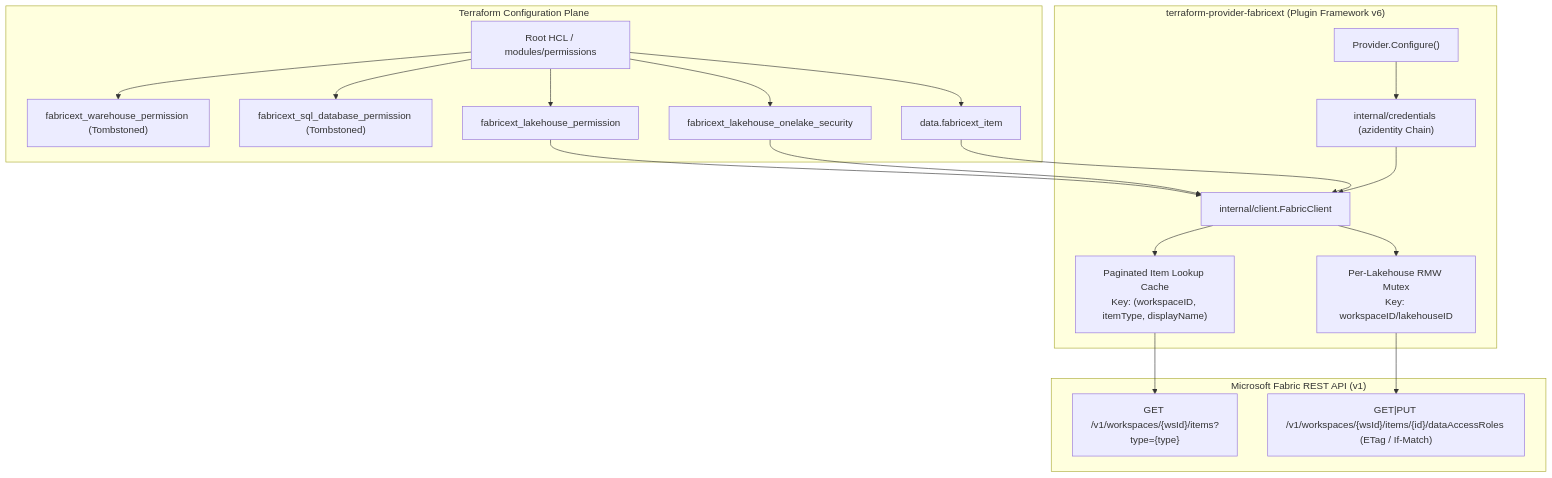
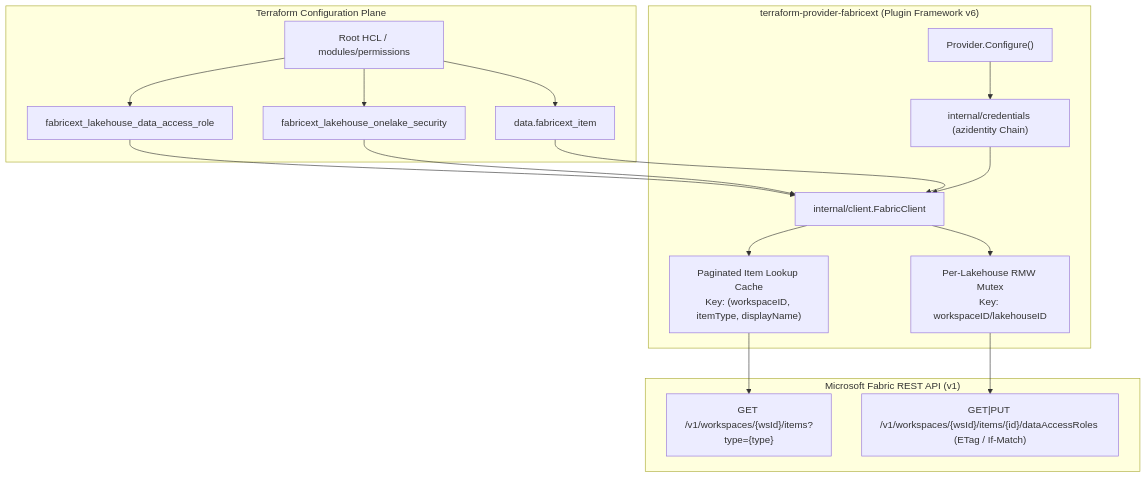
Before and after one commit to jambazid/terraform-provider-fabricext: the first of 3 diagrams in DESIGN.md, drawn with Mermaid. The commit also changed other lines of this file and 44 other files, not shown here.

First line of the commit message:
feat(provider)!: rename lakehouse role and remove deprecated resources (#24)

````diff
--- a/DESIGN.md
+++ b/DESIGN.md
@@ -51,39 +49,35 @@
 ```mermaid
 flowchart TB
     subgraph HCL["Terraform Configuration Plane"]
         RootHCL["Root HCL / modules/permissions"]
-        WHRes["fabricext_warehouse_permission (Tombstoned)"]
-        SQLRes["fabricext_sql_database_permission (Tombstoned)"]
-        LHRes["fabricext_lakehouse_permission"]
+        LHRes["fabricext_lakehouse_data_access_role"]
         LHSec["fabricext_lakehouse_onelake_security"]
         ItemDS["data.fabricext_item"]
-        RootHCL --> WHRes
-        RootHCL --> SQLRes
         RootHCL --> LHRes
         RootHCL --> LHSec
         RootHCL --> ItemDS
     end
 
     subgraph Provider["terraform-provider-fabricext (Plugin Framework v6)"]
         Cfg["Provider.Configure()"]
         CredChain["internal/credentials (azidentity Chain)"]
         FabClient["internal/client.FabricClient"]
         Cache["Paginated Item Lookup Cache\nKey: (workspaceID, itemType, displayName)"]
         Mutex["Per-Lakehouse RMW Mutex\nKey: workspaceID/lakehouseID"]
     end
 
     subgraph FabricAPI["Microsoft Fabric REST API (v1)"]
         ItemsAPI["GET /v1/workspaces/{wsId}/items?type={type}"]
         LHRoles["GET|PUT /v1/workspaces/{wsId}/items/{id}/dataAccessRoles (ETag / If-Match)"]
     end
 
     LHRes --> FabClient
     LHSec --> FabClient
     ItemDS --> FabClient
     Cfg --> CredChain
     CredChain --> FabClient
     FabClient --> Cache
     FabClient --> Mutex
     Cache --> ItemsAPI
     Mutex --> LHRoles
 ```
````
